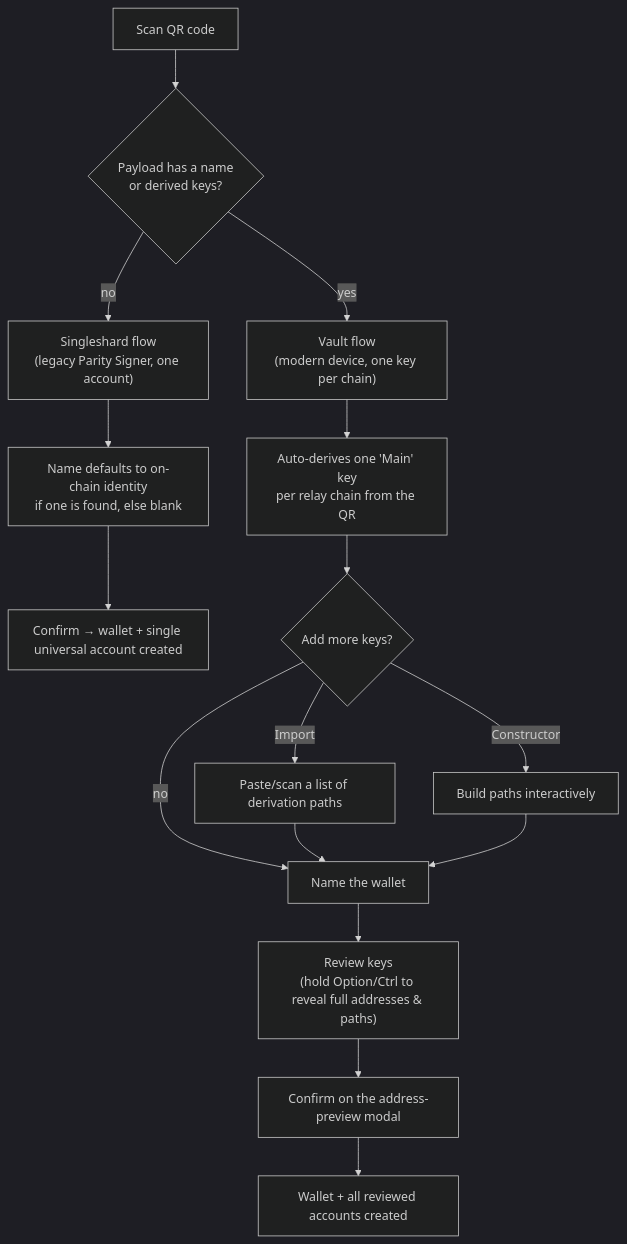
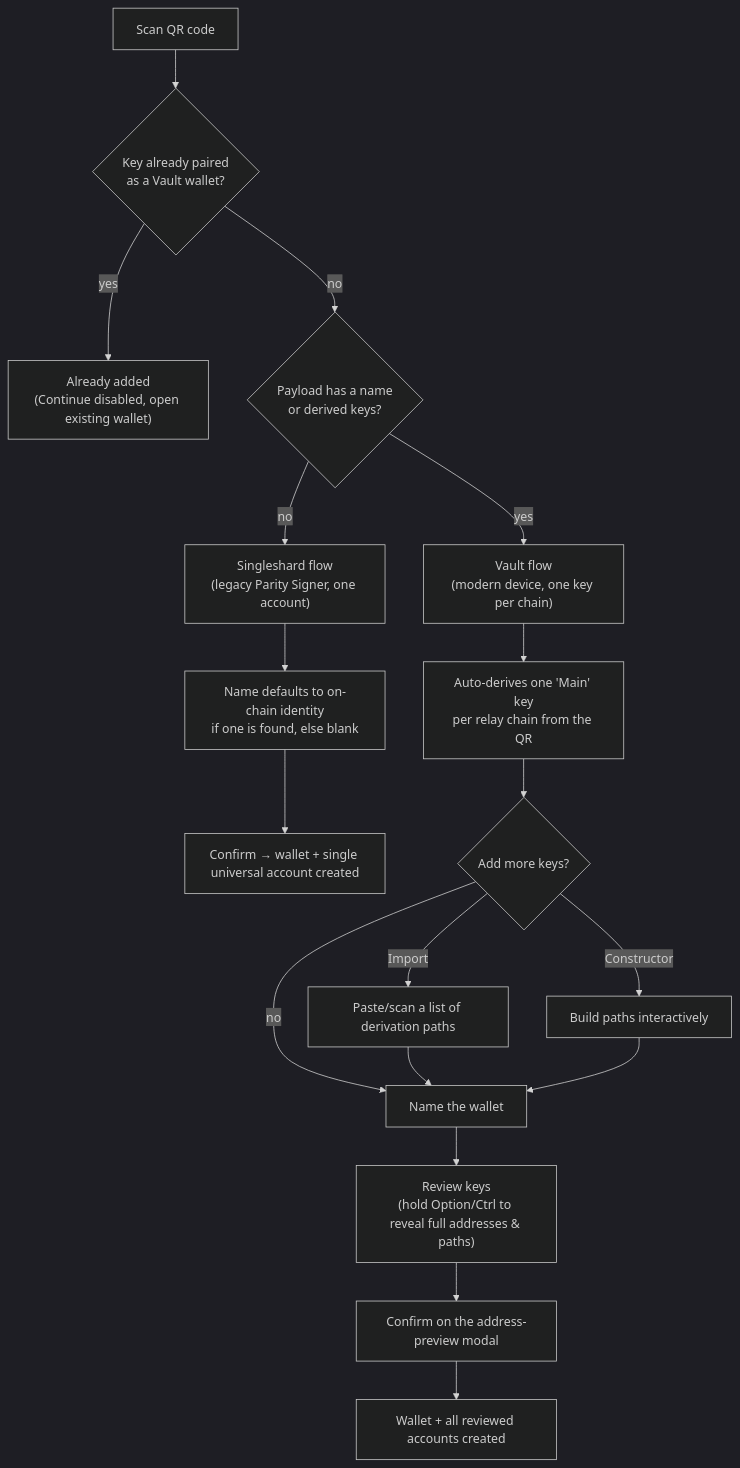
Before and after one commit to novasamatech/nova-spektr: the diagram in src/renderer/features/polkadot-vault-wallet-pairing/README.md, drawn with Mermaid (dark theme). The commit also changed other lines of this file and 11 other files, not shown here.

First line of the commit message:
fix(vault): block re-pairing an already added Polkadot Vault or watch-only wallet

````diff
--- a/src/renderer/features/polkadot-vault-wallet-pairing/README.md
+++ b/src/renderer/features/polkadot-vault-wallet-pairing/README.md
@@ -24,20 +24,22 @@
 ```mermaid
 flowchart TD
-    START["Scan QR code"] --> Q1{"Payload has a name<br/>or derived keys?"}
+    START["Scan QR code"] --> DUP{"Key already paired<br/>as a Vault wallet?"}
+    DUP -- "yes" --> BLOCKED["Already added<br/>(Continue disabled, open existing wallet)"]
+    DUP -- "no" --> Q1{"Payload has a name<br/>or derived keys?"}
     Q1 -- "no" --> SINGLE["Singleshard flow<br/>(legacy Parity Signer, one account)"]
     Q1 -- "yes" --> VAULT["Vault flow<br/>(modern device, one key per chain)"]
 
     SINGLE --> S1["Name defaults to on-chain identity<br/>if one is found, else blank"]
     S1 --> S2["Confirm → wallet + single universal account created"]
 
     VAULT --> V1["Auto-derives one 'Main' key<br/>per relay chain from the QR"]
     V1 --> V2{"Add more keys?"}
     V2 -- "Import" --> V3["Paste/scan a list of derivation paths"]
     V2 -- "Constructor" --> V4["Build paths interactively"]
     V2 -- "no" --> V5["Name the wallet"]
     V3 --> V5
     V4 --> V5
     V5 --> V6["Review keys<br/>(hold Option/Ctrl to reveal full addresses & paths)"]
     V6 --> V7["Confirm on the address-preview modal"]
     V7 --> V8["Wallet + all reviewed accounts created"]
 ```
````
